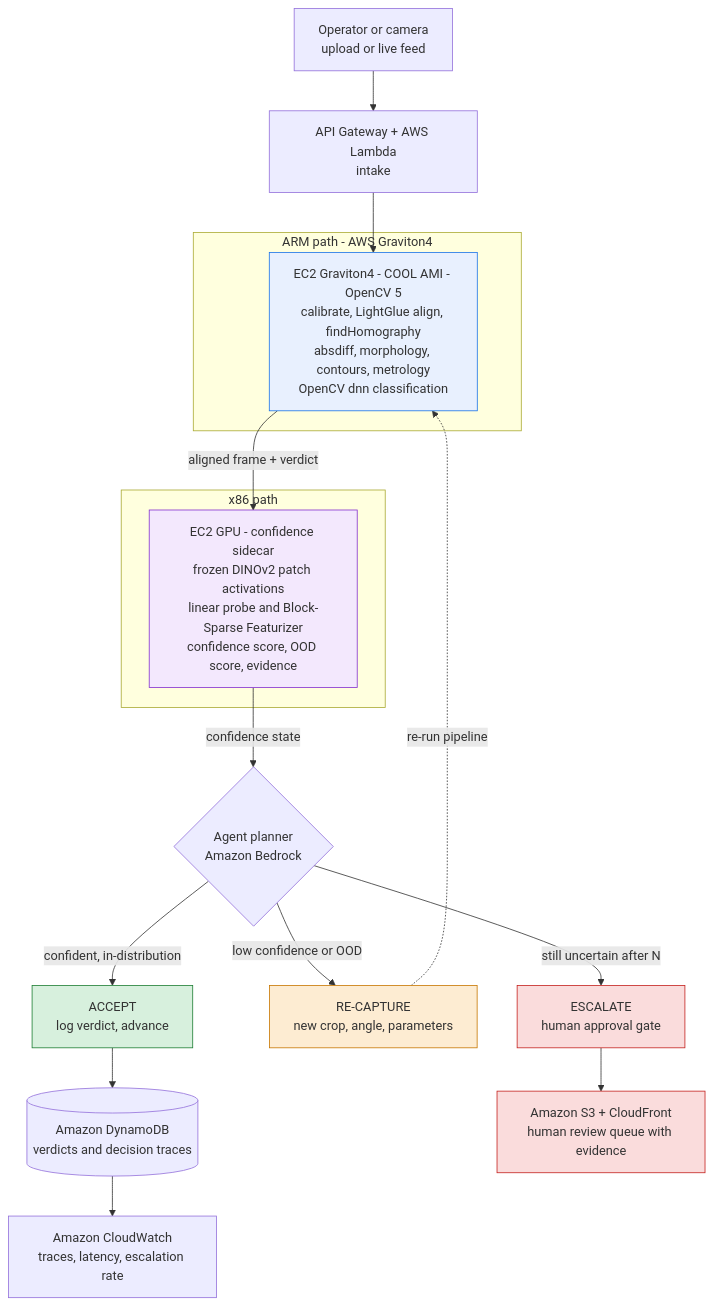
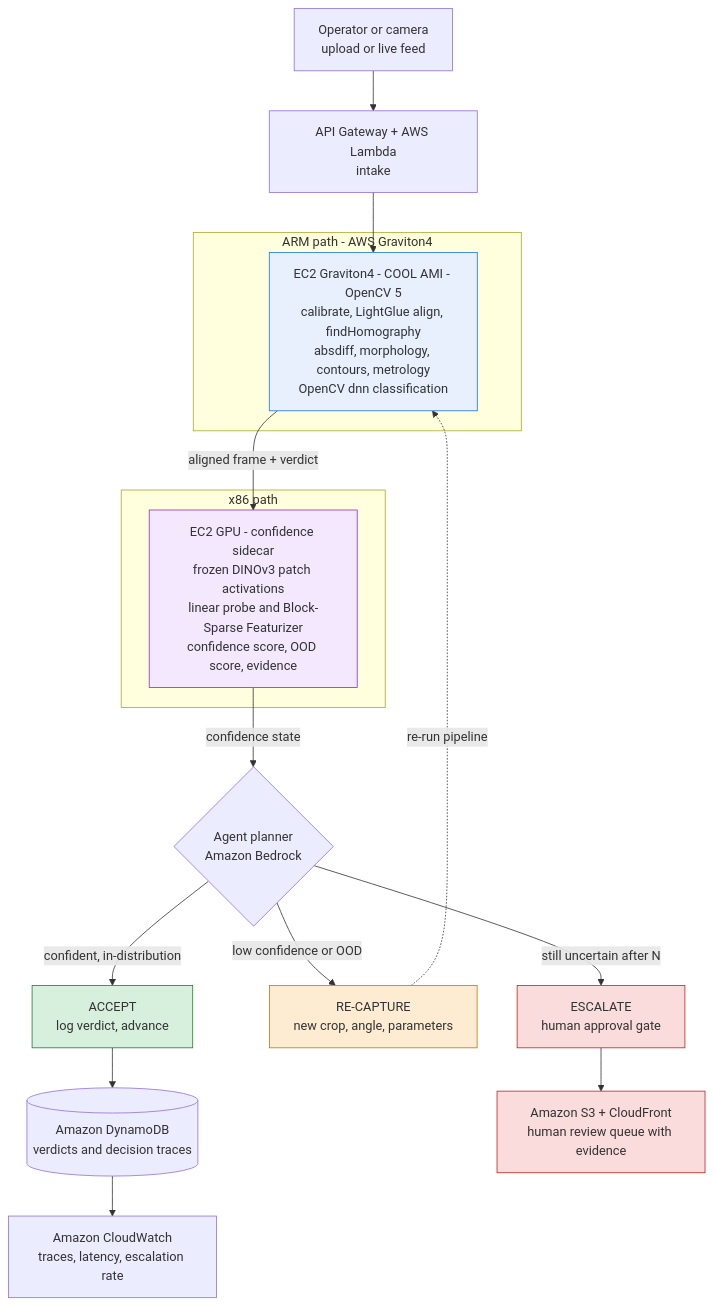
The diagram in FILES/GRANT_APPLICATION.md (vasujunior7/Parallax), drawn with Mermaid before and after one commit. The commit also changed other lines of this file and 4 other files, not shown here.

Commit message:
Add engineering architecture documentation for Parallax system,

````diff
--- a/FILES/GRANT_APPLICATION.md
+++ b/FILES/GRANT_APPLICATION.md
@@ -125,36 +135,36 @@
 ```mermaid
 flowchart TD
     A["Operator or camera<br/>upload or live feed"] --> B["API Gateway + AWS Lambda<br/>intake"]
     B --> C
 
     subgraph ARM["ARM path - AWS Graviton4"]
         C["EC2 Graviton4 - COOL AMI - OpenCV 5<br/>calibrate, LightGlue align, findHomography<br/>absdiff, morphology, contours, metrology<br/>OpenCV dnn classification"]
     end
 
     subgraph X86["x86 path"]
-        D["EC2 GPU - confidence sidecar<br/>frozen DINOv2 patch activations<br/>linear probe and Block-Sparse Featurizer<br/>confidence score, OOD score, evidence"]
+        D["EC2 GPU - confidence sidecar<br/>frozen DINOv3 patch activations<br/>linear probe and Block-Sparse Featurizer<br/>confidence score, OOD score, evidence"]
     end
 
     C -->|"aligned frame + verdict"| D
     D -->|"confidence state"| E{"Agent planner<br/>Amazon Bedrock"}
 
     E -->|"confident, in-distribution"| F["ACCEPT<br/>log verdict, advance"]
     E -->|"low confidence or OOD"| G["RE-CAPTURE<br/>new crop, angle, parameters"]
     E -->|"still uncertain after N"| H["ESCALATE<br/>human approval gate"]
     G -.->|"re-run pipeline"| C
 
     F --> I[("Amazon DynamoDB<br/>verdicts and decision traces")]
     H --> J["Amazon S3 + CloudFront<br/>human review queue with evidence"]
     I --> K["Amazon CloudWatch<br/>traces, latency, escalation rate"]
 
     classDef arm fill:#e8f0fe,stroke:#1a73e8,stroke-width:1px
     classDef x86 fill:#f3e8fd,stroke:#8430ce,stroke-width:1px
     classDef accept fill:#d7f0dd,stroke:#1e7e34,stroke-width:1px
     classDef relook fill:#fdecd2,stroke:#c77700,stroke-width:1px
     classDef esc fill:#fadcdc,stroke:#c5221f,stroke-width:1px
     class C arm
     class D x86
     class F accept
     class G relook
     class H,J esc
 ```
````
